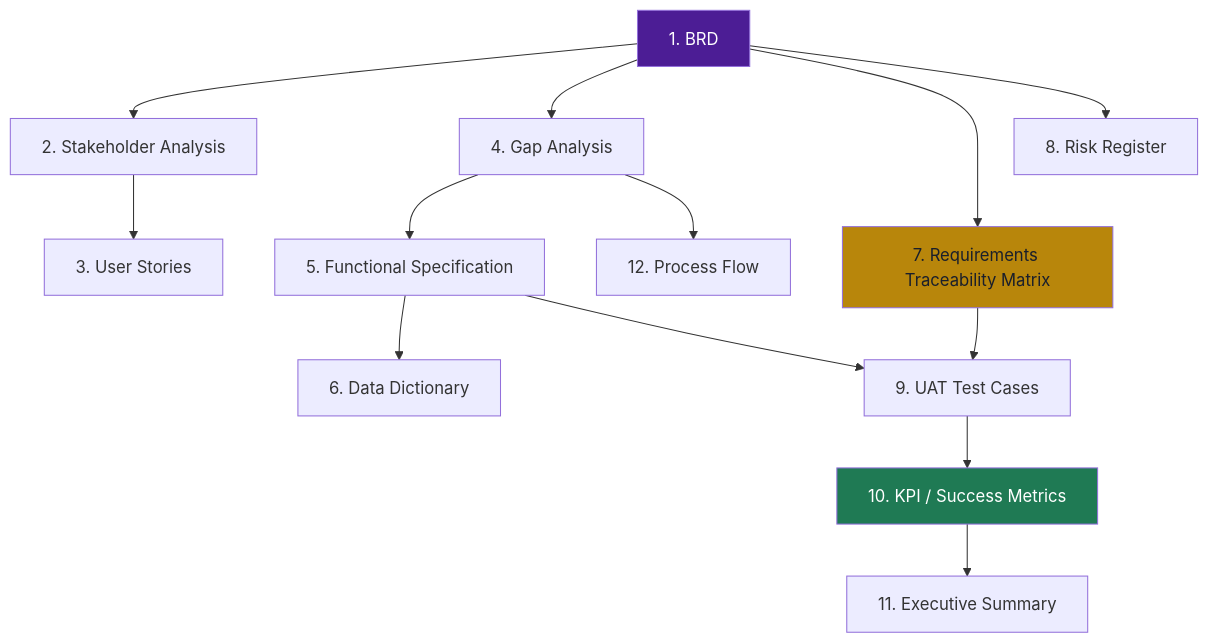
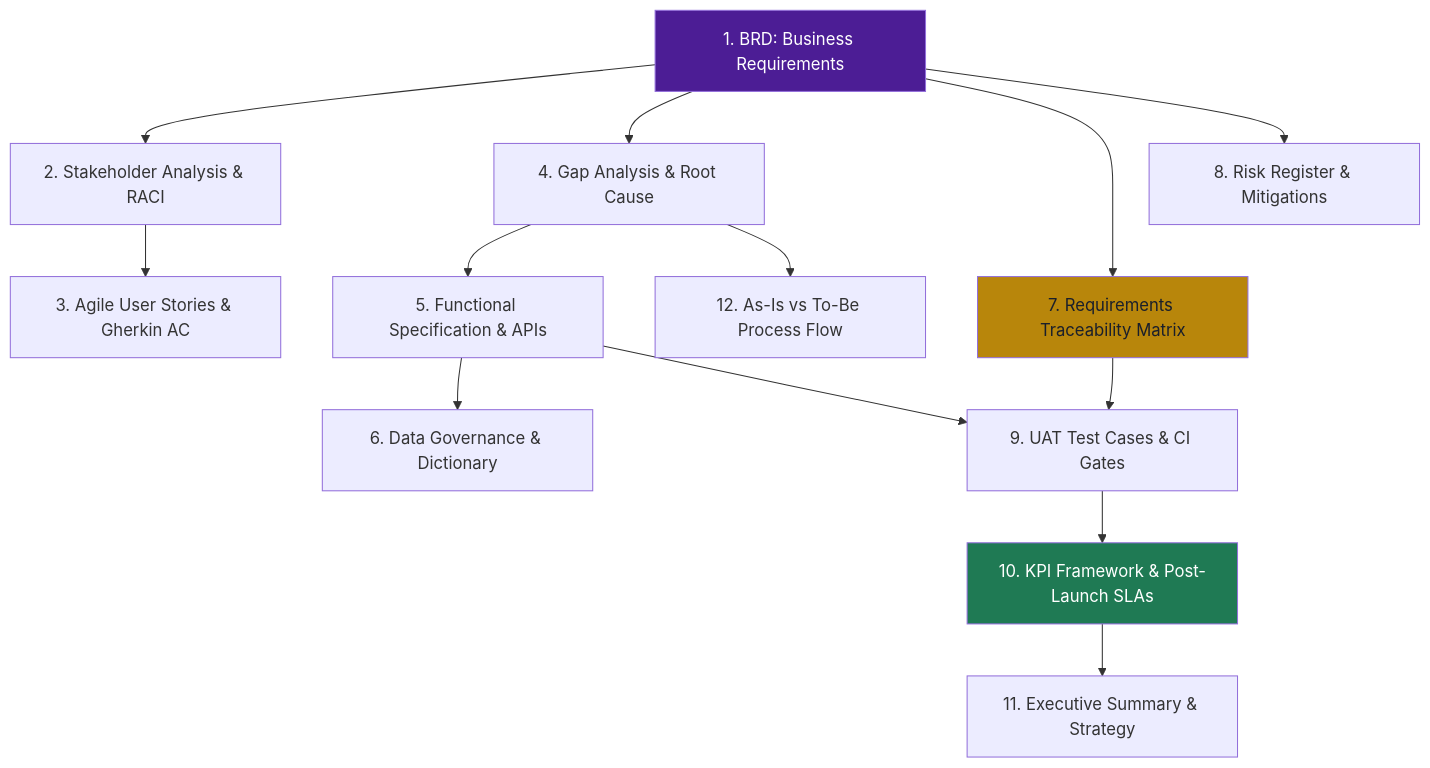
Before and after one commit to jaindhruv1923/Project-Naukri-Saaf-Job-Listings-Analysis: the diagram in 07_BA_Documentation/README_BA_package.md, drawn with Mermaid. The commit also changed other lines of this file and 20 other files, not shown here.

Commit message:
feat(polish): align all folders to Google 30-year veteran standard with v4 production notebook, OpenPyXL Excel model, DATA_DICTIONARY, and rigorous BA suite

````diff
--- a/07_BA_Documentation/README_BA_package.md
+++ b/07_BA_Documentation/README_BA_package.md
@@ -30,19 +32,19 @@
 ```mermaid
 flowchart TD
-    A[1. BRD] --> B[2. Stakeholder Analysis]
-    B --> C[3. User Stories]
-    A --> D[4. Gap Analysis]
-    D --> E[5. Functional Specification]
-    E --> F[6. Data Dictionary]
+    A[1. BRD: Business Requirements] --> B[2. Stakeholder Analysis & RACI]
+    B --> C[3. Agile User Stories & Gherkin AC]
+    A --> D[4. Gap Analysis & Root Cause]
+    D --> E[5. Functional Specification & APIs]
+    E --> F[6. Data Governance & Dictionary]
     A --> G[7. Requirements Traceability Matrix]
-    G --> H[9. UAT Test Cases]
+    G --> H[9. UAT Test Cases & CI Gates]
     E --> H
-    A --> I[8. Risk Register]
-    H --> J[10. KPI / Success Metrics]
-    J --> K[11. Executive Summary]
-    D --> L[12. Process Flow]
+    A --> I[8. Risk Register & Mitigations]
+    H --> J[10. KPI Framework & Post-Launch SLAs]
+    J --> K[11. Executive Summary & Strategy]
+    D --> L[12. As-Is vs To-Be Process Flow]
 
     style A fill:#4C1D95,color:#fff
     style G fill:#B8860B,color:#1A1F2B
     style J fill:#1F7A54,color:#fff
 ```
````
